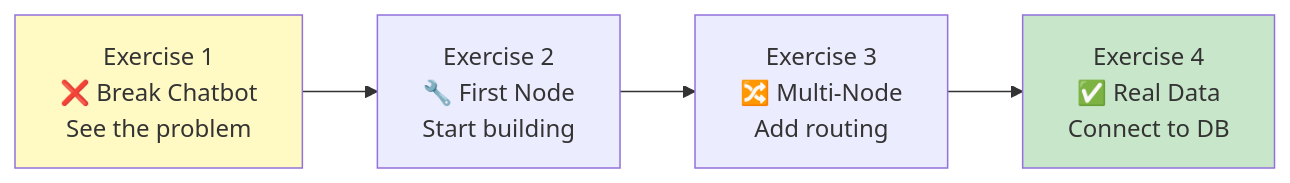
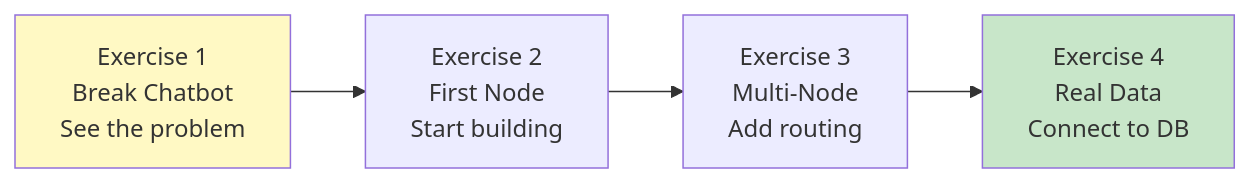
One commit to AliMehdii/Jedha-use-case changed the second of 2 diagrams in Instructional-Design-Challenge/Day-01_From-Chatbot-to-Agent/01-Exercises/01-Break-A-Chatbot.md. Above: the diagram before and after it, drawn with Mermaid. The commit also changed other lines of this file and 9 other files, not shown here.

Commit message:
Refine instructional materials for AI agents: updated diagrams for chatbot vs. agent flows, improved state representation in exercises, and enhanced error handling visuals. Adjusted terminology for clarity and consistency across all lecture and exercise files.

````diff
--- a/Instructional-Design-Challenge/Day-01_From-Chatbot-to-Agent/01-Exercises/01-Break-A-Chatbot.md
+++ b/Instructional-Design-Challenge/Day-01_From-Chatbot-to-Agent/01-Exercises/01-Break-A-Chatbot.md
@@ -204,12 +204,12 @@
 ```mermaid
 graph LR
-    Now["Exercise 1<br/>❌ Break Chatbot<br/>See the problem"]
-    Next["Exercise 2<br/>🔧 First Node<br/>Start building"]
-    Then["Exercise 3<br/>🔀 Multi-Node<br/>Add routing"]
-    Final["Exercise 4<br/>✅ Real Data<br/>Connect to DB"]
+    Now["Exercise 1<br/>Break Chatbot<br/>See the problem"]
+    Next["Exercise 2<br/>First Node<br/>Start building"]
+    Then["Exercise 3<br/>Multi-Node<br/>Add routing"]
+    Final["Exercise 4<br/>Real Data<br/>Connect to DB"]
     
     Now --> Next --> Then --> Final
     
     style Now fill:#fff9c4
     style Final fill:#c8e6c9
 ```
````
